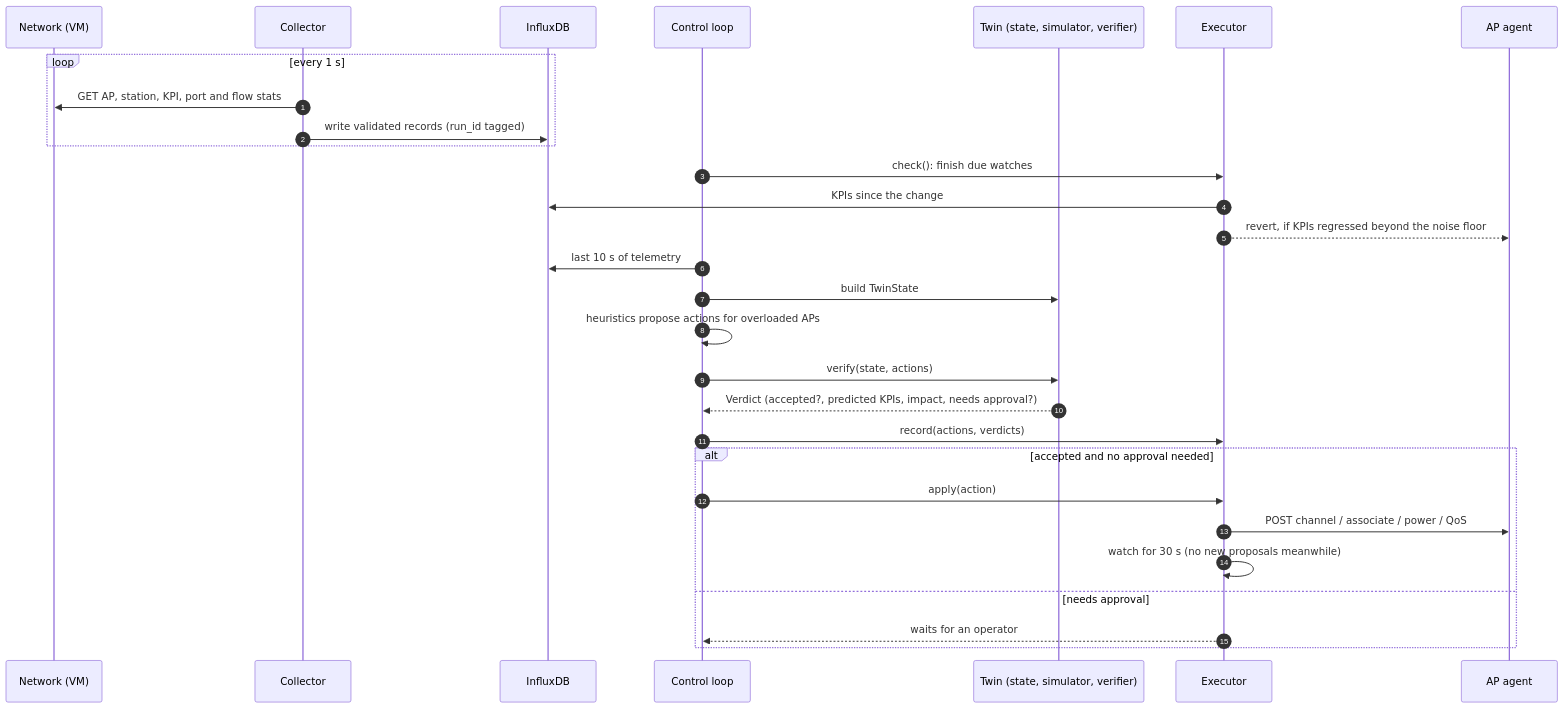
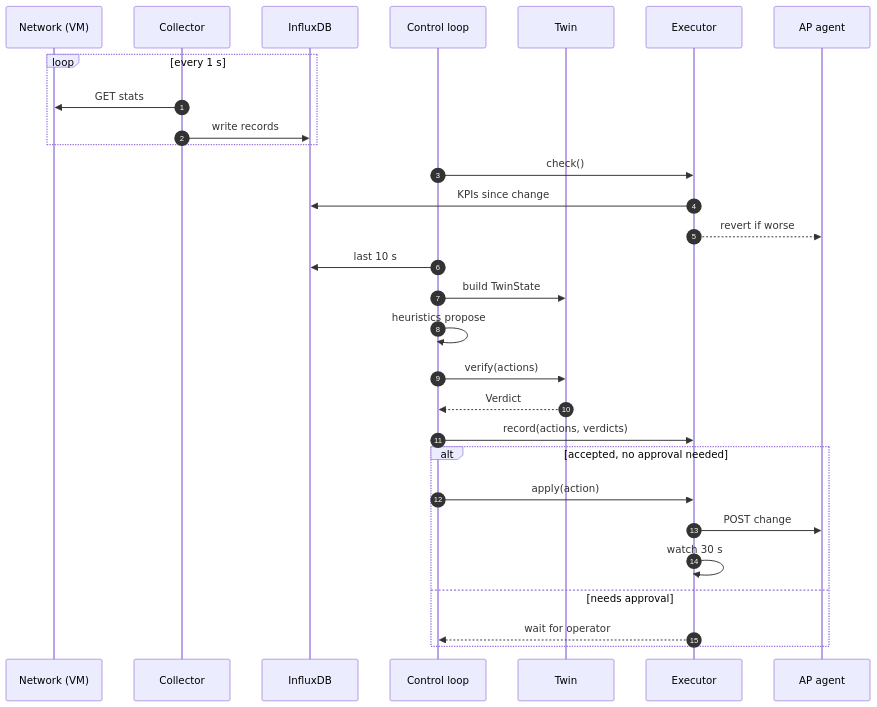
The second of 3 diagrams in docs/report/03_architecture.md (AggimallaAbhishek/Digital-Twin-SDN), drawn with Mermaid before and after one commit. The commit also changed other lines of this file and 5 other files, not shown here.

Commit message:
docs: simplify architecture diagrams and update report progress status

````diff
--- a/docs/report/03_architecture.md
+++ b/docs/report/03_architecture.md
@@ -102,32 +102,32 @@
 ```mermaid
 sequenceDiagram
     autonumber
     participant N as Network (VM)
     participant C as Collector
     participant DB as InfluxDB
     participant L as Control loop
-    participant T as Twin (state, simulator, verifier)
+    participant T as Twin
     participant X as Executor
     participant A as AP agent
 
     loop every 1 s
-        C->>N: GET AP, station, KPI, port and flow stats
-        C->>DB: write validated records (run_id tagged)
+        C->>N: GET stats
+        C->>DB: write records
     end
-    L->>X: check(): finish due watches
-    X->>DB: KPIs since the change
-    X-->>A: revert, if KPIs regressed beyond the noise floor
-    L->>DB: last 10 s of telemetry
+    L->>X: check()
+    X->>DB: KPIs since change
+    X-->>A: revert if worse
+    L->>DB: last 10 s
     L->>T: build TwinState
-    L->>L: heuristics propose actions for overloaded APs
-    L->>T: verify(state, actions)
-    T-->>L: Verdict (accepted?, predicted KPIs, impact, needs approval?)
+    L->>L: heuristics propose
+    L->>T: verify(actions)
+    T-->>L: Verdict
     L->>X: record(actions, verdicts)
-    alt accepted and no approval needed
+    alt accepted, no approval needed
         L->>X: apply(action)
-        X->>A: POST channel / associate / power / QoS
-        X->>X: watch for 30 s (no new proposals meanwhile)
+        X->>A: POST change
+        X->>X: watch 30 s
     else needs approval
-        X-->>L: waits for an operator
+        X-->>L: wait for operator
     end
 ```
````
